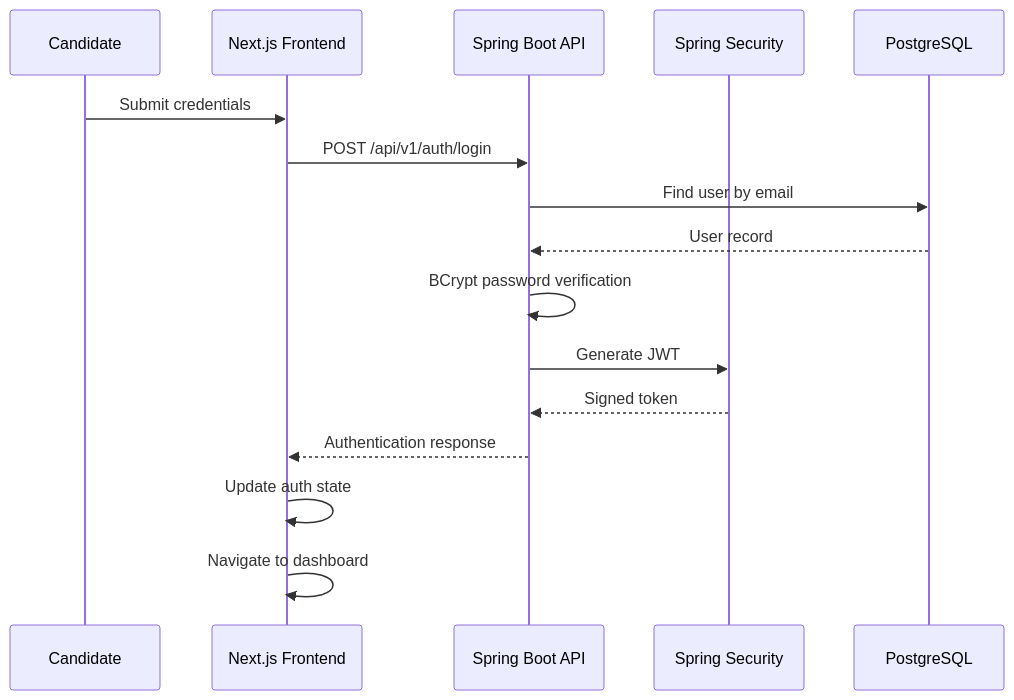
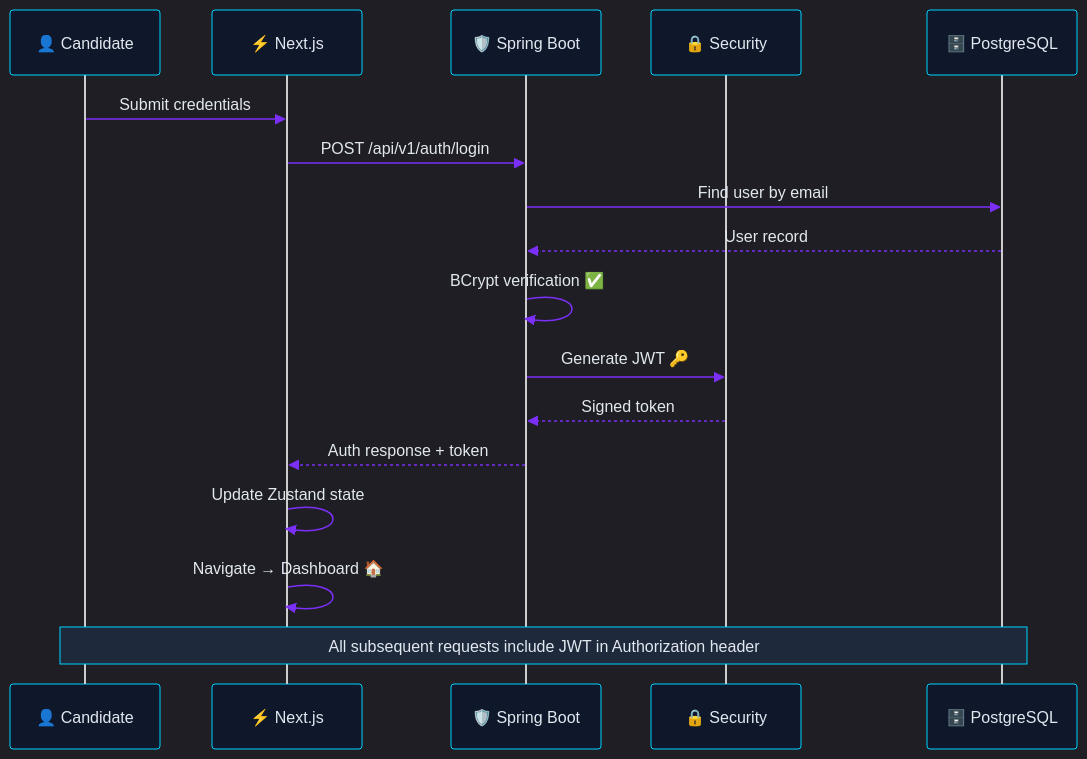
The fourth of 6 diagrams in README.md (Jawahar08/interviewforge-ai), drawn with Mermaid before and after one commit. The commit also changed other lines of this file, not shown here.

Commit message:
docs: add ultimate animated README with Mermaid diagrams, animated headers, and premium formatting

````diff
--- a/README.md
+++ b/README.md
@@ -310,19 +519,23 @@
 ```mermaid
+%%{init: {'theme': 'dark', 'themeVariables': { 'actorBkg': '#0f172a', 'actorBorder': '#00d2ff', 'actorTextColor': '#e2e8f0', 'signalColor': '#7b2ff7', 'signalTextColor': '#e2e8f0', 'labelBoxBkgColor': '#0f172a', 'labelBoxBorderColor': '#00d2ff', 'labelTextColor': '#e2e8f0', 'loopTextColor': '#64ffda', 'noteBkgColor': '#1e293b', 'noteTextColor': '#e2e8f0', 'noteBorderColor': '#00d2ff', 'fontFamily': 'Segoe UI, sans-serif'}}}%%
+
 sequenceDiagram
-    participant C as Candidate
-    participant F as Next.js Frontend
-    participant B as Spring Boot API
-    participant S as Spring Security
-    participant D as PostgreSQL
+    participant C as 👤 Candidate
+    participant F as ⚡ Next.js
+    participant B as 🛡️ Spring Boot
+    participant S as 🔒 Security
+    participant D as 🗄️ PostgreSQL
 
     C->>F: Submit credentials
     F->>B: POST /api/v1/auth/login
     B->>D: Find user by email
     D-->>B: User record
-    B->>B: BCrypt password verification
-    B->>S: Generate JWT
+    B->>B: BCrypt verification ✅
+    B->>S: Generate JWT 🔑
     S-->>B: Signed token
-    B-->>F: Authentication response
-    F->>F: Update auth state
-    F->>F: Navigate to dashboard
+    B-->>F: Auth response + token
+    F->>F: Update Zustand state
+    F->>F: Navigate → Dashboard 🏠
+
+    Note over C,D: All subsequent requests include JWT in Authorization header
 ```
````
